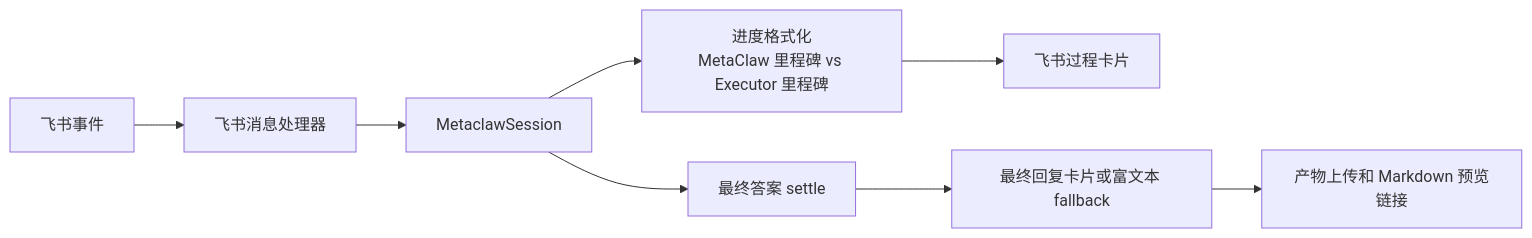
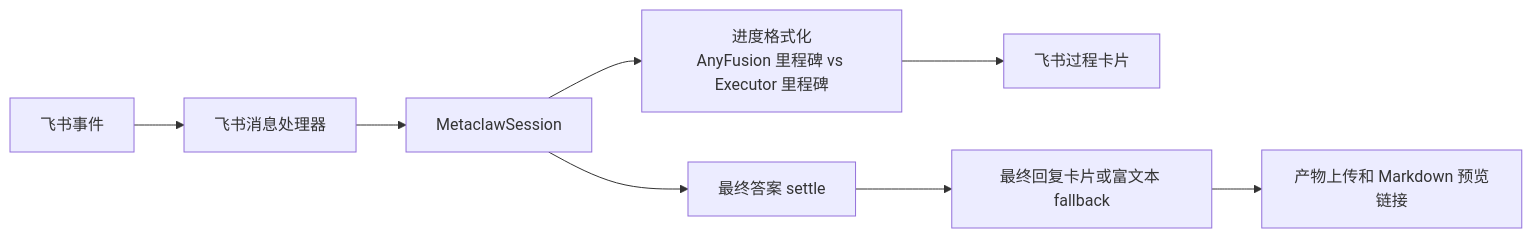
One commit to IFOSR/metawork changed the fourth of 4 diagrams in docs/current/technical-overview.zh-CN.md. Above: the diagram before and after it, drawn with Mermaid. The commit also changed other lines of this file and 15 other files, not shown here.

Commit message:
feat: prepare AnyFusion public preview

````diff
--- a/docs/current/technical-overview.zh-CN.md
+++ b/docs/current/technical-overview.zh-CN.md
@@ -118,10 +118,10 @@
 ```mermaid
 flowchart LR
   Feishu[飞书事件] --> Handler[飞书消息处理器]
   Handler --> Session[MetaclawSession]
-  Session --> Progress[进度格式化<br/>MetaClaw 里程碑 vs Executor 里程碑]
+  Session --> Progress[进度格式化<br/>AnyFusion 里程碑 vs Executor 里程碑]
   Progress --> Cards[飞书过程卡片]
   Session --> Final[最终答案 settle]
   Final --> Reply[最终回复卡片或富文本 fallback]
   Reply --> Files[产物上传和 Markdown 预览链接]
 ```
````
